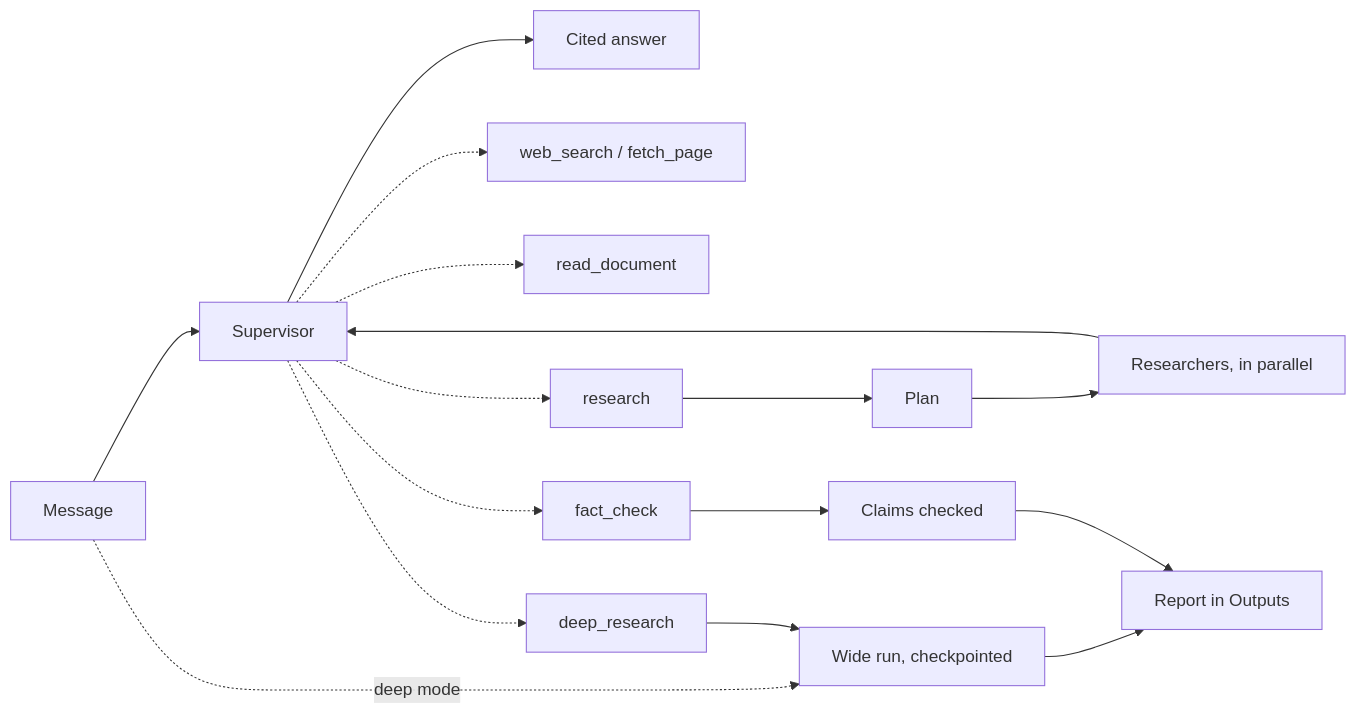
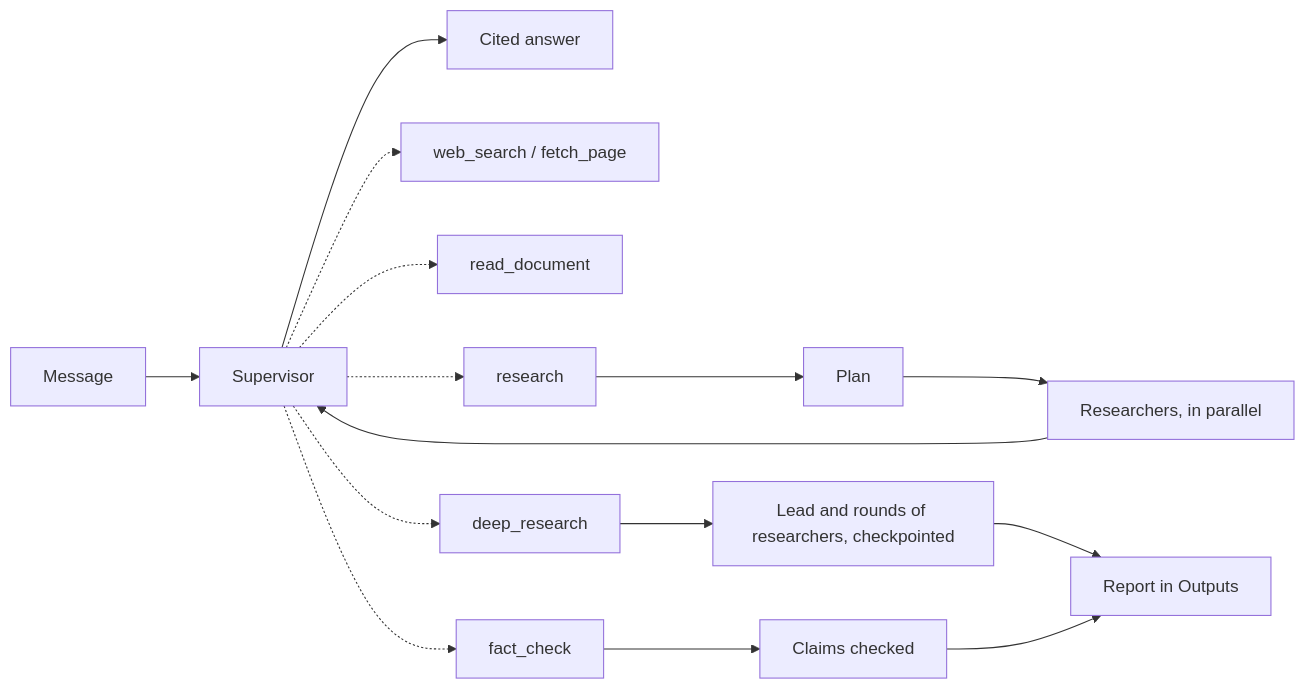
The diagram in README.md (Ghali-BenBouzid/nexus), drawn with Mermaid before and after one commit. The commit also changed other lines of this file, not shown here.

Commit message:
docs: deep research is led in rounds, and a mode informs the supervisor

````diff
--- a/README.md
+++ b/README.md
@@ -40,12 +41,11 @@
 ```mermaid
 flowchart LR
     M[Message] --> S[Supervisor]
-    M -. deep mode .-> D
     S --> A[Cited answer]
     S -.-> T1[web_search / fetch_page]
     S -.-> T2[read_document]
     S -.-> T3[research]
     T3 --> P[Plan] --> X[Researchers, in parallel] --> S
-    S -.-> T4[deep_research] --> D[Wide run, checkpointed] --> Out[Report in Outputs]
+    S -.-> T4[deep_research] --> D[Lead and rounds of researchers, checkpointed] --> Out[Report in Outputs]
     S -.-> T5[fact_check] --> F[Claims checked] --> Out
 ```
````
